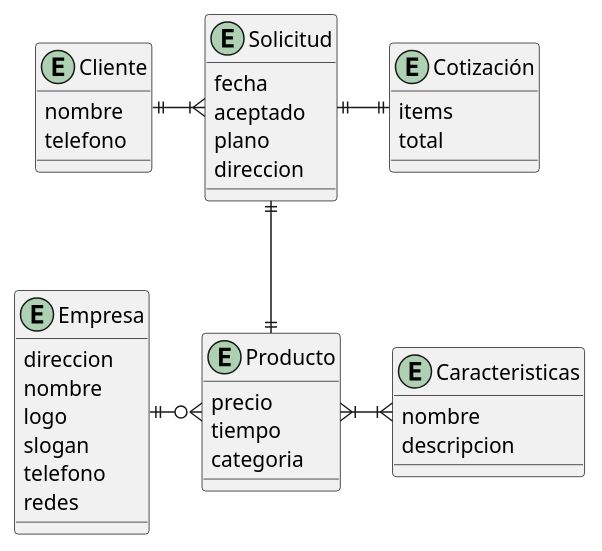
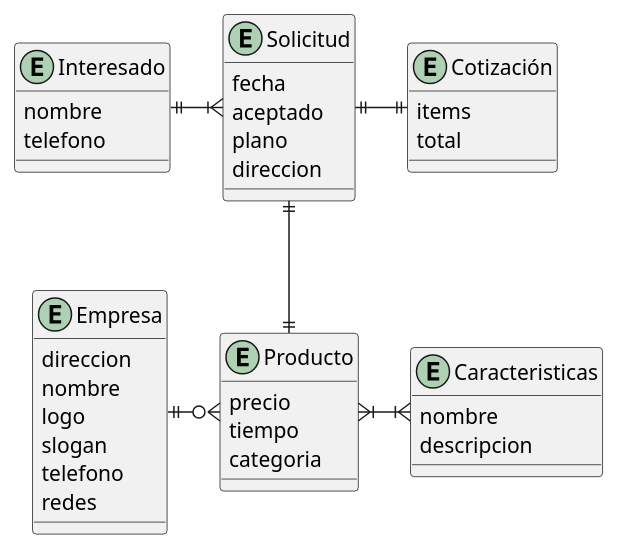
The diagram in metalK_mer.puml (Los-Waza/MetalK_Documentation), drawn with PlantUML before and after one commit. The commit also changed 1 other file, not shown here.

```diff
--- a/metalK_mer.puml
+++ b/metalK_mer.puml
@@ -1,49 +1,49 @@
 @startuml MetalK_MER
     top to bottom direction
     skinparam linestyle orto
 
     entity emp as "Empresa"{
         direccion
         nombre
         logo
         slogan
         telefono
         redes
     }
 
     entity pro as "Producto"{
         precio
         tiempo
         categoria
     }
 
     entity sol as "Solicitud"{
         fecha
         aceptado
         plano
         direccion
     }
 
     entity cot as "Cotización"{
         items
         total
     }
     
     entity car as "Caracteristicas"{
         nombre
         descripcion
     }
 
-    entity cli as "Cliente"{
+    entity cli as "Interesado"{
         nombre
         telefono
     }
 
     emp ||-right-o{ pro
     pro }|-right-|{ car
     cli ||-right-|{ sol
     sol ||--|| pro
     sol ||-right-|| cot
 
 
 @enduml
```
